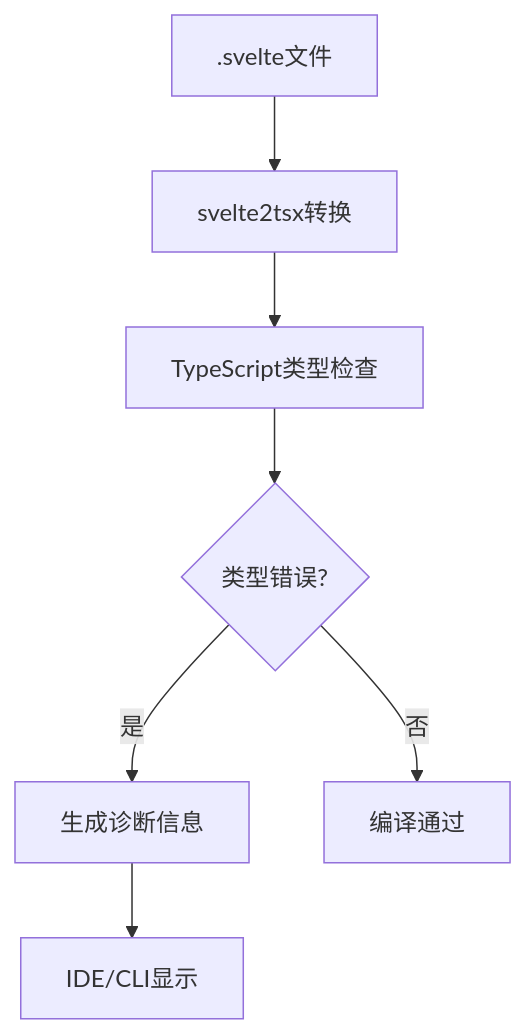
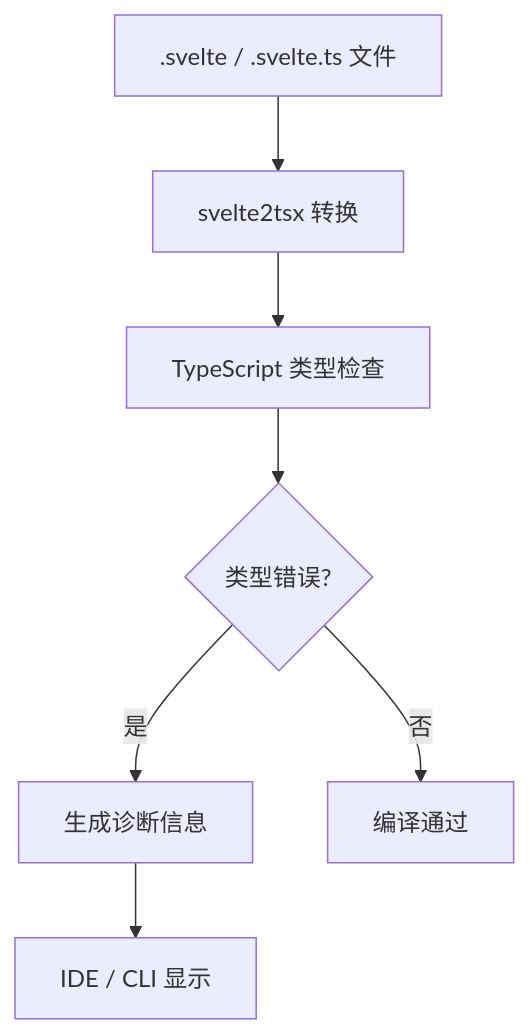
Before and after one commit to AdaMartin18010/JavaScriptTypeScript: the diagram in website/svelte-signals-stack/04-typescript-svelte-runtime.md, drawn with Mermaid. The commit also changed other lines of this file and 33 other files, not shown here.

````diff
--- a/website/svelte-signals-stack/04-typescript-svelte-runtime.md
+++ b/website/svelte-signals-stack/04-typescript-svelte-runtime.md
@@ -36,9 +43,9 @@
 ```mermaid
 flowchart TD
-    A[.svelte文件] --> B[svelte2tsx转换]
-    B --> C[TypeScript类型检查]
+    A[.svelte / .svelte.ts 文件] --> B[svelte2tsx 转换]
+    B --> C[TypeScript 类型检查]
     C --> D{类型错误?}
     D -->|是| E[生成诊断信息]
     D -->|否| F[编译通过]
-    E --> G[IDE/CLI显示]
+    E --> G[IDE / CLI 显示]
 ```
````
